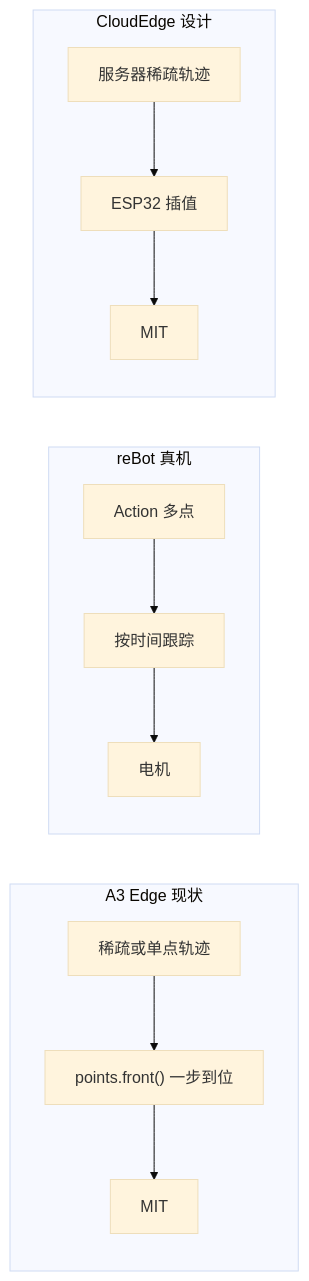
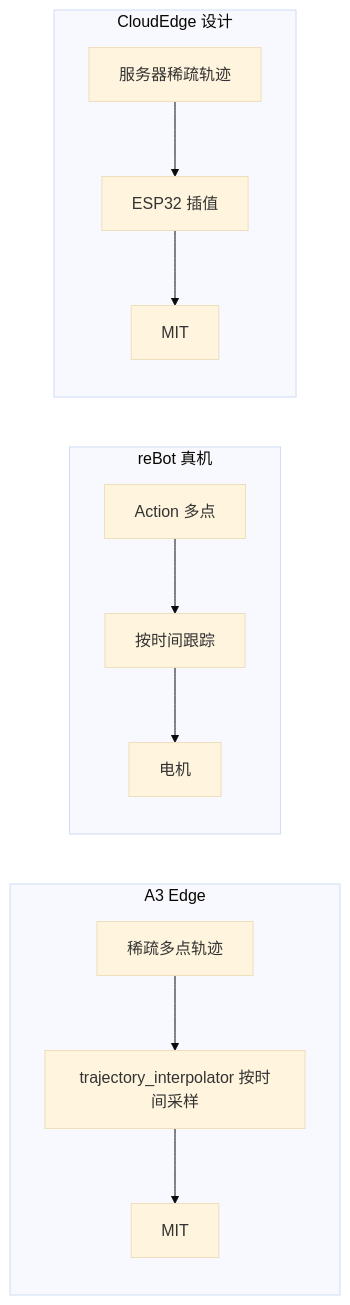
Before and after one commit to deep-diary/a3_arm_ws: the second of 4 diagrams in docs/shared/CONTROL_ROADMAP.md, drawn with Mermaid (base theme). The commit also changed other lines of this file and 17 other files, not shown here.

````diff
--- a/docs/shared/CONTROL_ROADMAP.md
+++ b/docs/shared/CONTROL_ROADMAP.md
@@ -179,12 +179,12 @@
 ```mermaid
 flowchart LR
-  subgraph a3now [A3 Edge 现状]
-    P1[稀疏或单点轨迹] --> F["points.front() 一步到位"] --> CAN1[MIT]
+  subgraph a3now [A3 Edge]
+    P1[稀疏多点轨迹] --> F["trajectory_interpolator 按时间采样"] --> CAN1[MIT]
   end
   subgraph rebot [reBot 真机]
     P2[Action 多点] --> HM[按时间跟踪] --> CAN2[电机]
   end
   subgraph cloud [CloudEdge 设计]
     P3[服务器稀疏轨迹] --> ESP[ESP32 插值] --> CAN3[MIT]
   end
 ```
````
